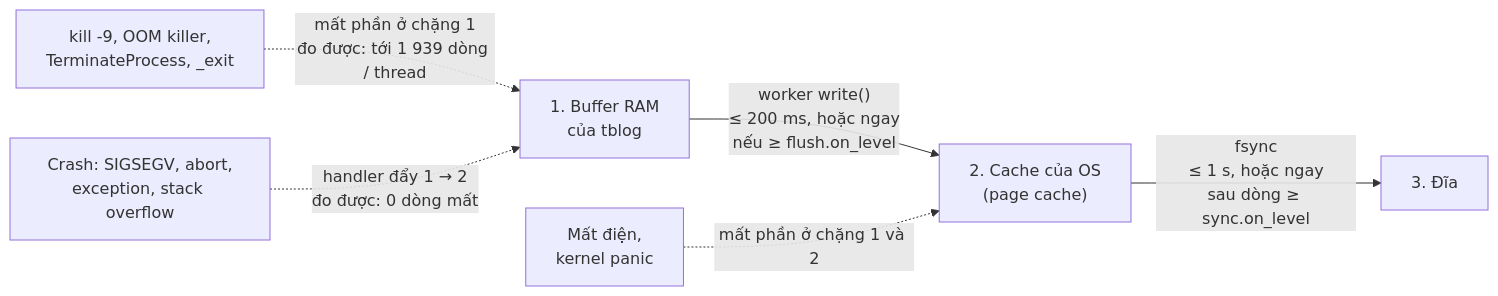
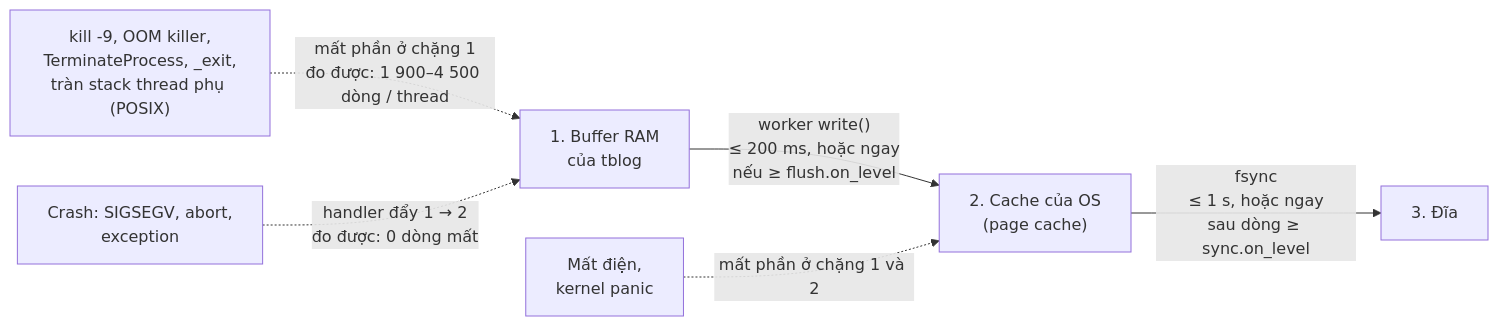
The fourth of 5 diagrams in docs/architecture.md (TieuBao168/tblog), drawn with Mermaid before and after one commit. The commit also changed other lines of this file and 11 other files, not shown here.

````diff
--- a/docs/architecture.md
+++ b/docs/architecture.md
@@ -117,8 +120,8 @@
 ```mermaid
 flowchart LR
     R["1. Buffer RAM<br/>của tblog"] -->|"worker write()<br/>≤ 200 ms, hoặc ngay<br/>nếu ≥ flush.on_level"| P["2. Cache của OS<br/>(page cache)"]
     P -->|"fsync<br/>≤ 1 s, hoặc ngay<br/>sau dòng ≥ sync.on_level"| D["3. Đĩa"]
-    K["kill -9, OOM killer,<br/>TerminateProcess, _exit"] -.->|"mất phần ở chặng 1<br/>đo được: tới 1 939 dòng / thread"| R
-    C["Crash: SIGSEGV, abort,<br/>exception, stack overflow"] -.->|"handler đẩy 1 → 2<br/>đo được: 0 dòng mất"| R
+    K["kill -9, OOM killer,<br/>TerminateProcess, _exit,<br/>tràn stack thread phụ (POSIX)"] -.->|"mất phần ở chặng 1<br/>đo được: 1 900–4 500 dòng / thread"| R
+    C["Crash: SIGSEGV, abort,<br/>exception"] -.->|"handler đẩy 1 → 2<br/>đo được: 0 dòng mất"| R
     E["Mất điện,<br/>kernel panic"] -.->|"mất phần ở chặng 1 và 2"| P
 ```
````
